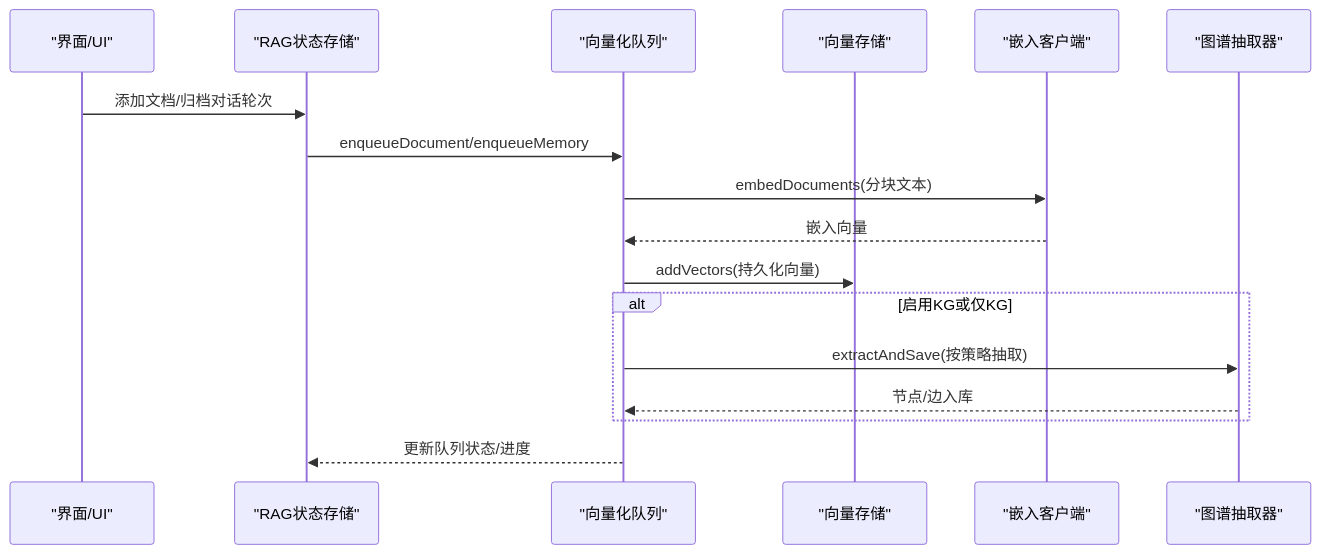
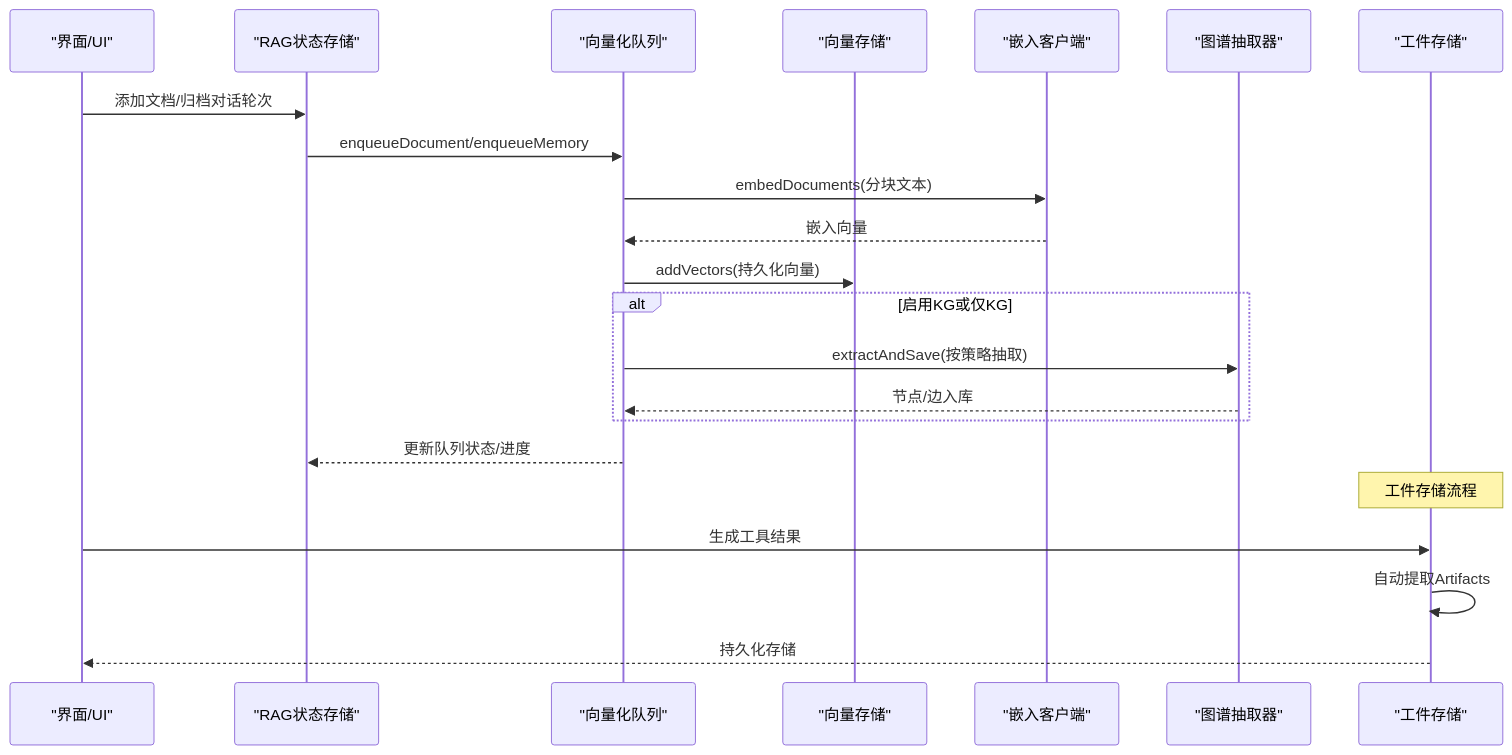
The second of 12 diagrams in .qoder/repowiki/zh/content/RAG知识引擎/RAG知识引擎.md (NarcisWL/Nexara), drawn with Mermaid before and after one commit. The commit also changed other lines of this file and 43 other files, not shown here.

Commit message:
feat(rag): implement KG JIT Micro-Graph pipeline and consolidate documentation

````diff
--- a/.qoder/repowiki/zh/content/RAG知识引擎/RAG知识引擎.md
+++ b/.qoder/repowiki/zh/content/RAG知识引擎/RAG知识引擎.md
@@ -112,19 +151,24 @@
 ```mermaid
 sequenceDiagram
 participant UI as "界面/UI"
 participant RS as "RAG状态存储"
 participant VQ as "向量化队列"
 participant VS as "向量存储"
 participant EC as "嵌入客户端"
 participant GE as "图谱抽取器"
+participant AS as "工件存储"
 UI->>RS : 添加文档/归档对话轮次
 RS->>VQ : enqueueDocument/enqueueMemory
 VQ->>EC : embedDocuments(分块文本)
 EC-->>VQ : 嵌入向量
 VQ->>VS : addVectors(持久化向量)
 alt 启用KG或仅KG
 VQ->>GE : extractAndSave(按策略抽取)
 GE-->>VQ : 节点/边入库
 end
 VQ-->>RS : 更新队列状态/进度
+Note over AS : 工件存储流程
+UI->>AS : 生成工具结果
+AS->>AS : 自动提取Artifacts
+AS-->>UI : 持久化存储
 ```
````
